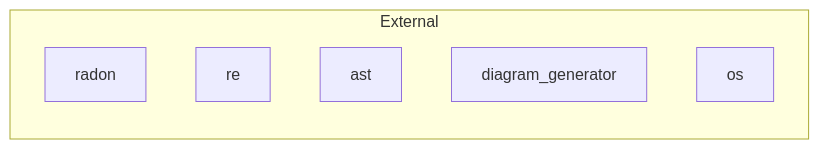
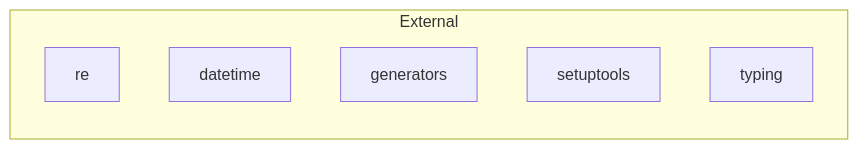
The third of 3 diagrams in docs/architecture.md (manan45/autodoc_generator), drawn with Mermaid before and after one commit. The commit also changed 6 other files, not shown here.

````diff
--- a/docs/architecture.md
+++ b/docs/architecture.md
@@ -259,11 +259,11 @@
 ```mermaid
 graph LR
     subgraph External
-        radon[radon]
         re[re]
-        ast[ast]
-        diagram_generator[diagram_generator]
-        os[os]
+        datetime[datetime]
+        generators[generators]
+        setuptools[setuptools]
+        typing[typing]
     end
 
 ```
````
